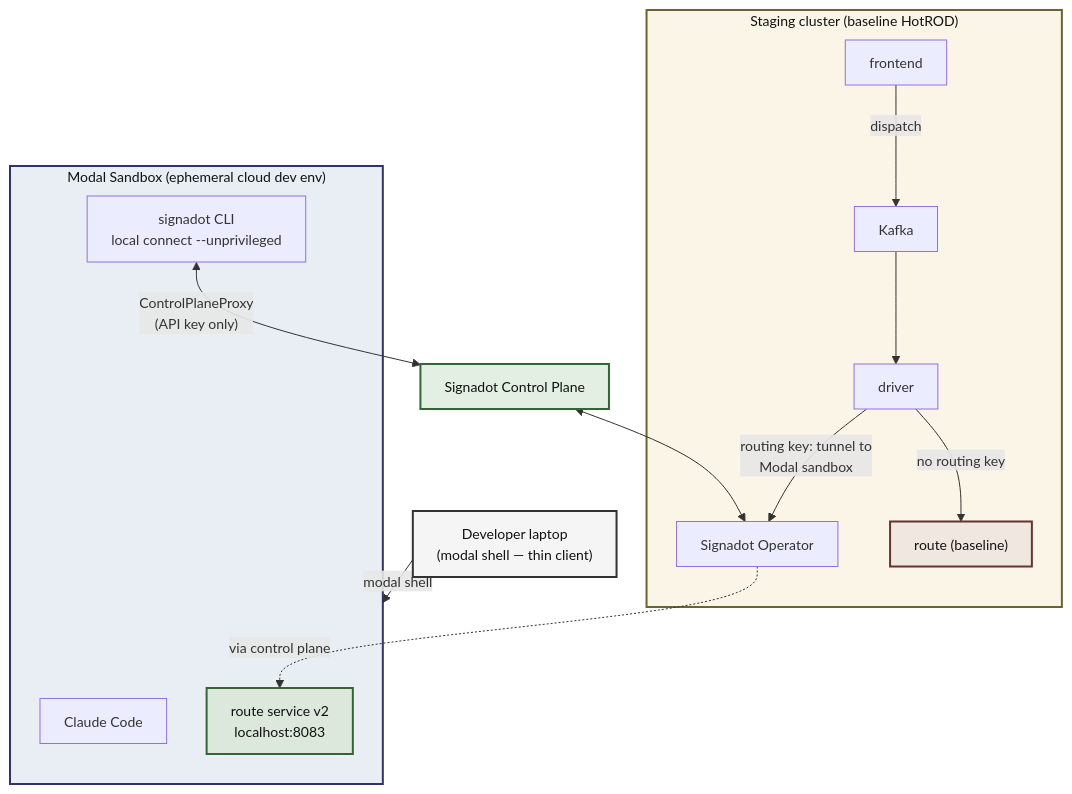
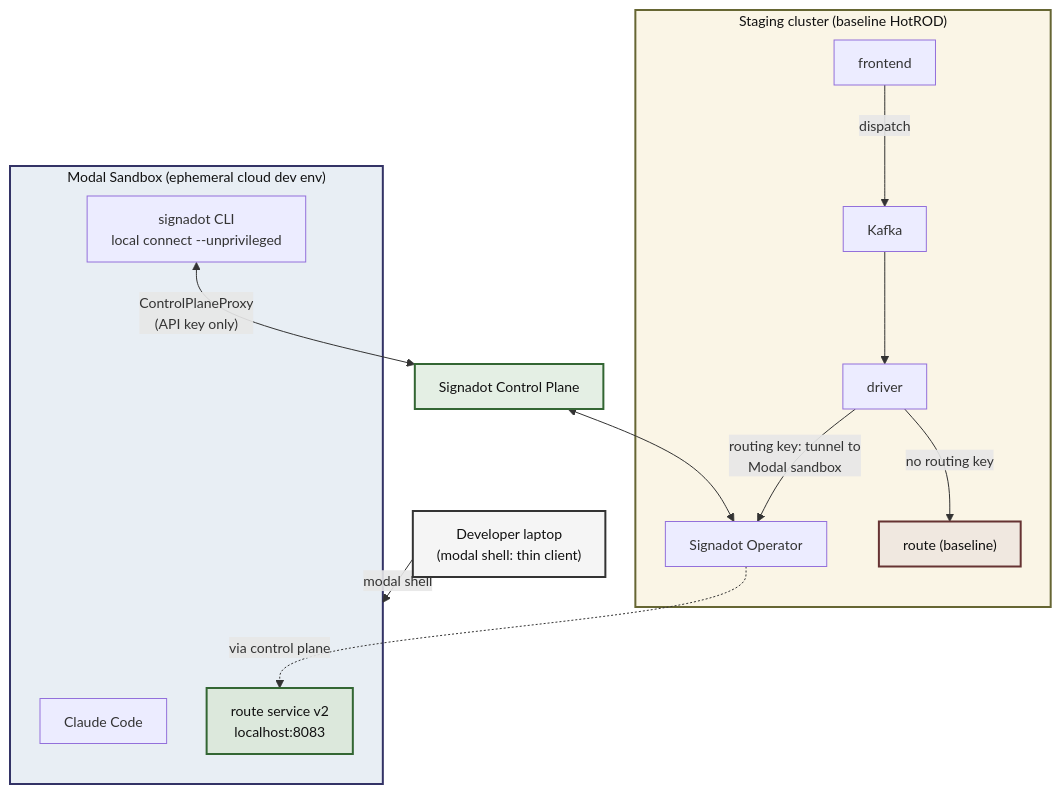
One commit to Emminex23/examples changed the diagram in modal-sandboxes-tutorial/README.md. Above: the diagram before and after it, drawn with Mermaid. The commit also changed other lines of this file, not shown here.

Commit message:
example: Update Modal Sandboxes closed-loop README

````diff
--- a/modal-sandboxes-tutorial/README.md
+++ b/modal-sandboxes-tutorial/README.md
@@ -59,44 +34,44 @@
 ```mermaid
 ---
 config:
   theme: default
   flowchart:
     nodeSpacing: 40
     rankSpacing: 60
     padding: 12
   themeVariables:
     fontSize: 14px
     fontFamily: monospace
 ---
 flowchart TB
-    Dev["Developer laptop<br/>(modal shell — thin client)"]
+    Dev["Developer laptop<br/>(modal shell: thin client)"]
     subgraph ModalSB["Modal Sandbox (ephemeral cloud dev env)"]
         CC["Claude Code"]
         CLI["signadot CLI<br/>local connect --unprivileged"]
         RouteV2["route service v2<br/>localhost:8083"]
     end
     CP["Signadot Control Plane"]
     subgraph Cluster["Staging cluster (baseline HotROD)"]
         Op["Signadot Operator"]
         FE["frontend"]
         Kafka["Kafka"]
         Driver["driver"]
         RouteV1["route (baseline)"]
     end
 
     Dev -- "modal shell" --> ModalSB
     CLI <-- "ControlPlaneProxy<br/>(API key only)" --> CP
     CP <--> Op
     FE -- "dispatch" --> Kafka
     Kafka --> Driver
     Driver -- "no routing key" --> RouteV1
     Driver -- "routing key: tunnel to<br/>Modal sandbox" --> Op
     Op -. "via control plane" .-> RouteV2
 
     style Dev fill:#f5f5f5,stroke:#333,stroke-width:2px,color:#111
     style ModalSB fill:#e8eef4,stroke:#336,stroke-width:2px,color:#111
     style CP fill:#e4efe4,stroke:#363,stroke-width:2px,color:#111
     style Cluster fill:#faf5e6,stroke:#663,stroke-width:2px,color:#111
     style RouteV2 fill:#dce8dc,stroke:#363,stroke-width:2px,color:#111
     style RouteV1 fill:#f0e8e0,stroke:#633,stroke-width:2px,color:#111
 ```
````
